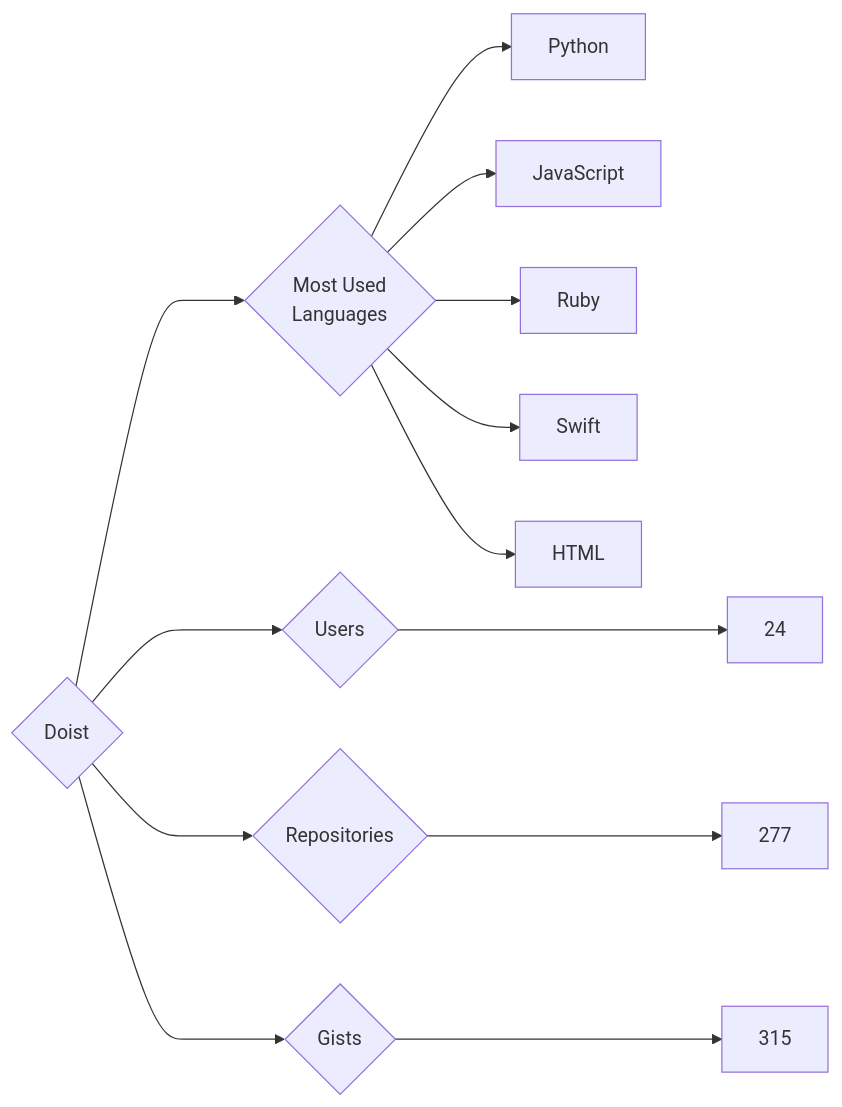
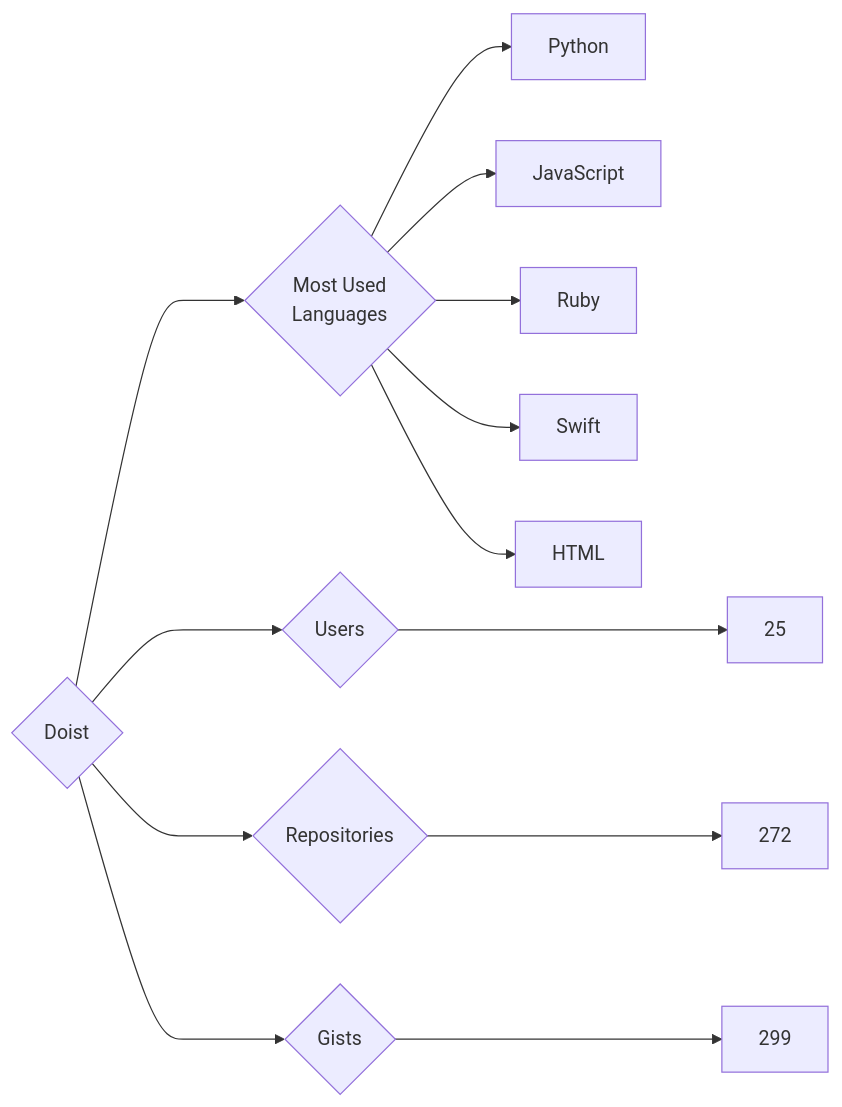
One commit to trickest/insiders changed the diagram in targets/Doist/README.md. Above: the diagram before and after it, drawn with Mermaid. The commit also changed 681 other files, not shown here.

````diff
--- a/targets/Doist/README.md
+++ b/targets/Doist/README.md
@@ -3,13 +3,13 @@
 ```mermaid
 graph LR
 COMPANY_NAME{Doist}
-COMPANY_NAME ---> U{Users} ---> UN[24]
-COMPANY_NAME ---> R{Repositories} ---> RN[277]
-COMPANY_NAME ---> G{Gists} ---> GN[315]
+COMPANY_NAME ---> U{Users} ---> UN[25]
+COMPANY_NAME ---> R{Repositories} ---> RN[272]
+COMPANY_NAME ---> G{Gists} ---> GN[299]
 COMPANY_NAME ---> ML{Most Used<br>Languages}
 ML --> Python[Python]
 ML --> JavaScript[JavaScript]
 ML --> Ruby[Ruby]
 ML --> Swift[Swift]
 ML --> HTML[HTML]
 ```
````
